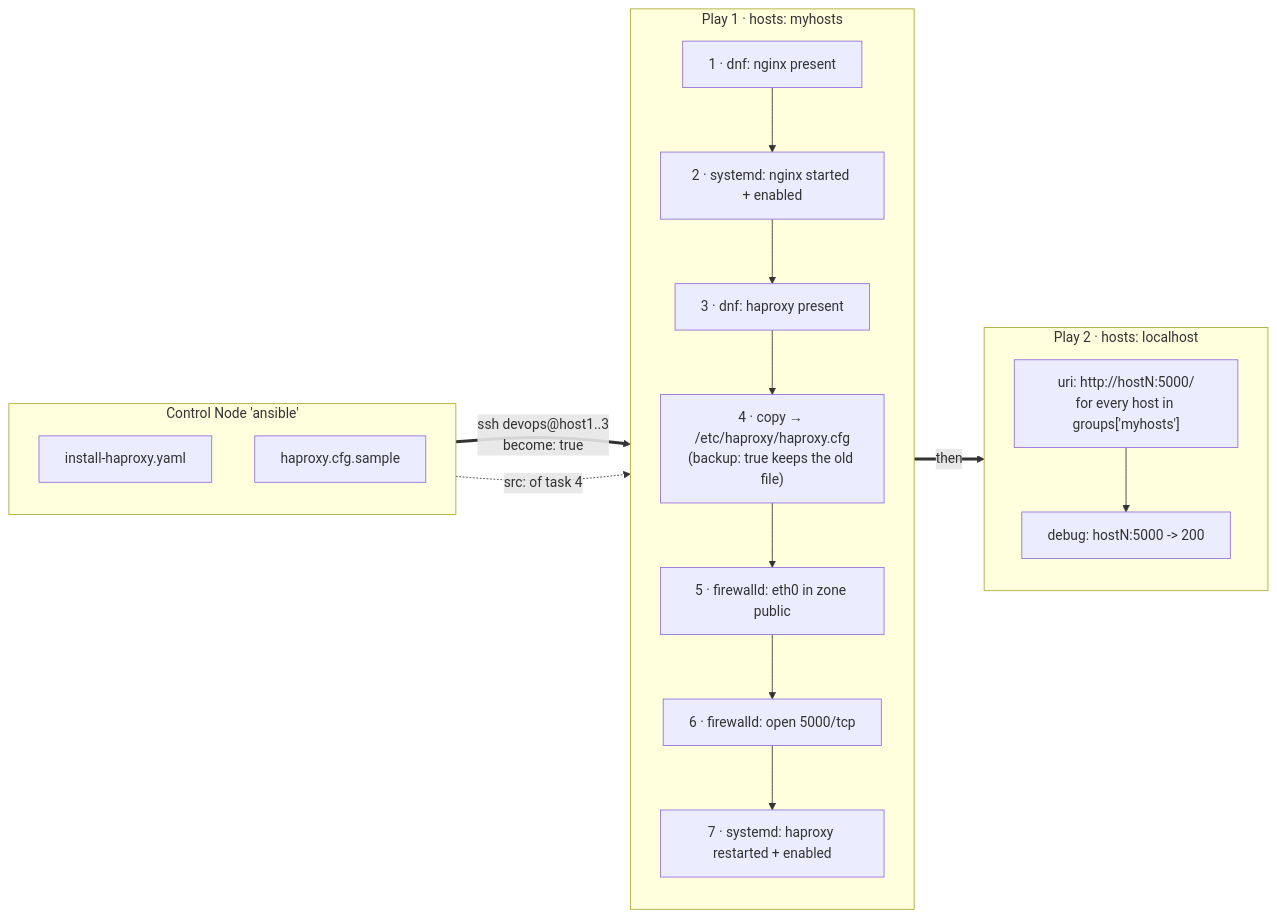
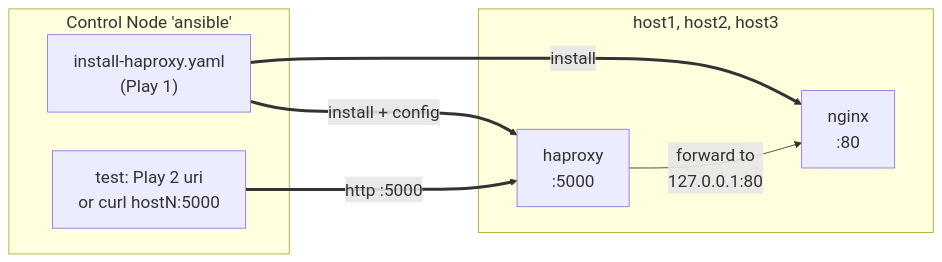
The diagram in lessons/06_Playbooks/01-haproxy/README.md (csurgay/ansible), drawn with Mermaid before and after one commit. The commit also changed other lines of this file, not shown here.

Commit message:
Insert better illustration for 06_playbooks/01-haproxy

````diff
--- a/lessons/06_Playbooks/01-haproxy/README.md
+++ b/lessons/06_Playbooks/01-haproxy/README.md
@@ -13,28 +13,16 @@
 ```mermaid
+%%{init: {"themeVariables": {"fontSize": "20px"}, "flowchart": {"nodeSpacing": 40, "rankSpacing": 90}}}%%
 flowchart LR
     subgraph CN["Control Node 'ansible'"]
-        direction TB
-        PB["install-haproxy.yaml"]
-        CFG["haproxy.cfg.sample"]
+        PB["install-haproxy.yaml<br>(Play 1)"]
+        T["test: Play 2 uri<br>or curl hostN:5000"]
     end
-    subgraph MH["Play 1 · hosts: myhosts"]
-        direction TB
-        T1["1 · dnf: nginx present"]
-        T2["2 · systemd: nginx started + enabled"]
-        T3["3 · dnf: haproxy present"]
-        T4["4 · copy → /etc/haproxy/haproxy.cfg<br>(backup: true keeps the old file)"]
-        T5["5 · firewalld: eth0 in zone public"]
-        T6["6 · firewalld: open 5000/tcp"]
-        T7["7 · systemd: haproxy restarted + enabled"]
-        T1 --> T2 --> T3 --> T4 --> T5 --> T6 --> T7
+    subgraph MH["host1, host2, host3"]
+        HA["haproxy<br>:5000"]
+        NG["nginx<br>:80"]
     end
-    subgraph P2["Play 2 · hosts: localhost"]
-        direction TB
-        U["uri: http://hostN:5000/<br>for every host in groups['myhosts']"]
-        D["debug: hostN:5000 -> 200"]
-        U --> D
-    end
-    PB ==>|"ssh devops@host1..3<br>become: true"| MH
-    CFG -.->|"src: of task 4"| MH
-    MH ==>|"then"| P2
+    PB ==>|install| NG
+    PB ==>|"install + config"| HA
+    T ==>|"http :5000"| HA
+    HA -->|"forward to<br>127.0.0.1:80"| NG
 ```
````
